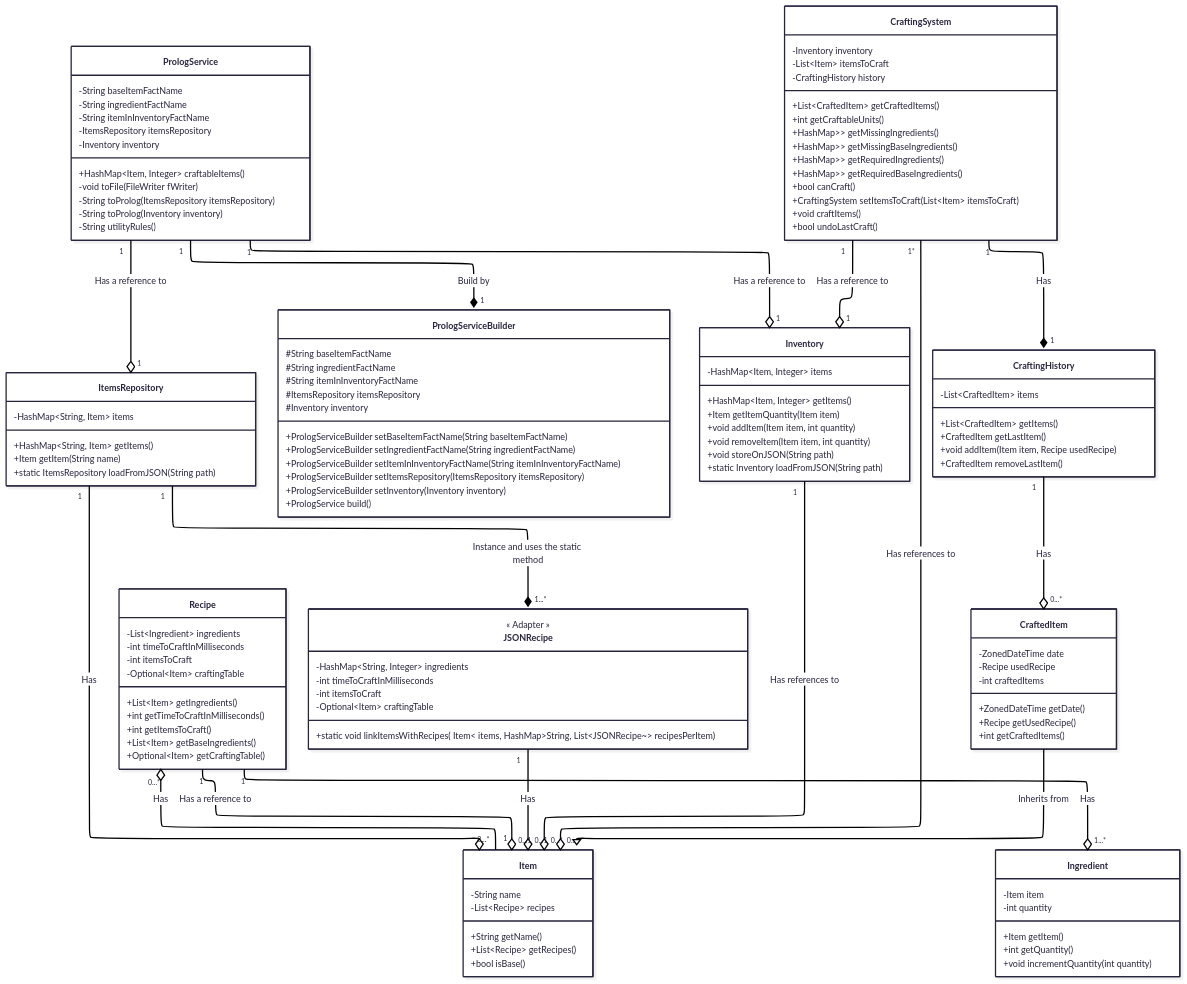
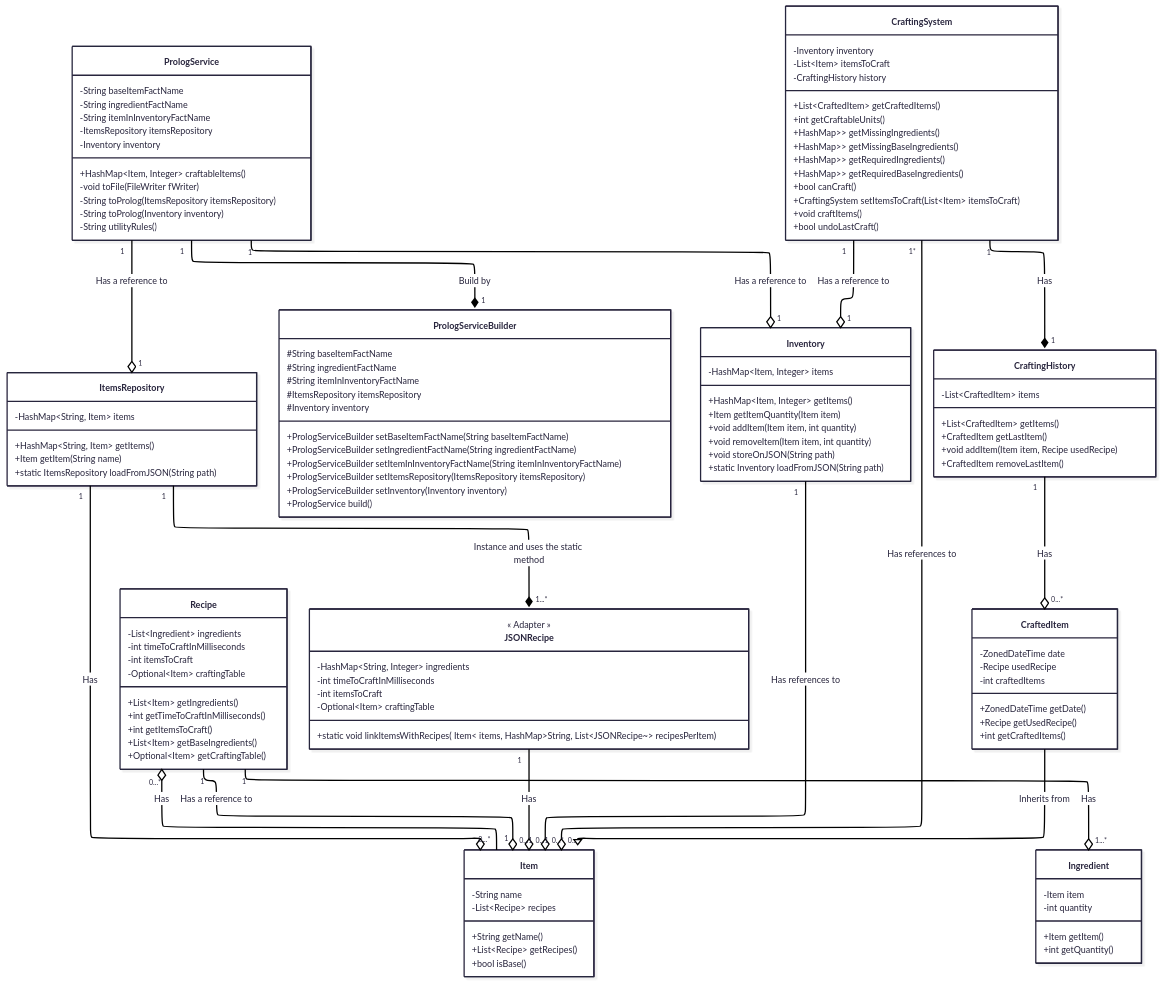
Before and after one commit to hozlucas28/Java-Practical-Work-2025: the first of 2 diagrams in README.md, drawn with Mermaid.

Commit message:
doc: update class diagram

```diff
--- a/README.md
+++ b/README.md
@@ -209,7 +209,6 @@
 
 	    +Item getItem()
 	    +int getQuantity()
-        +void incrementQuantity(int quantity)
     }
 
     class CraftingSystem {
```
